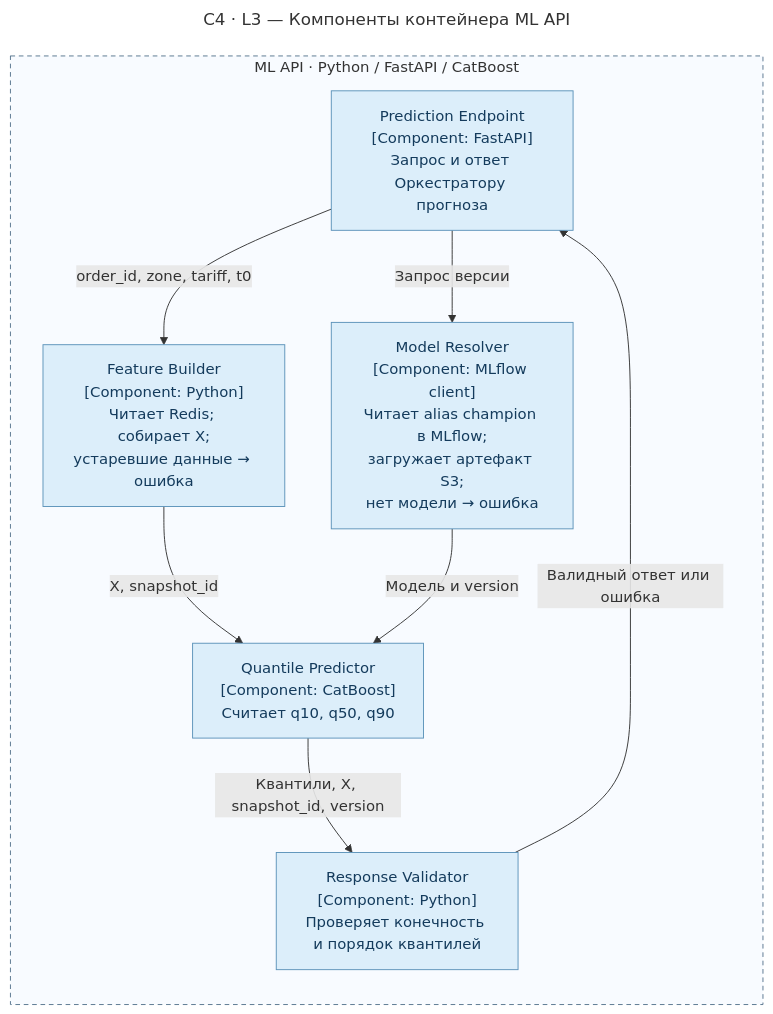
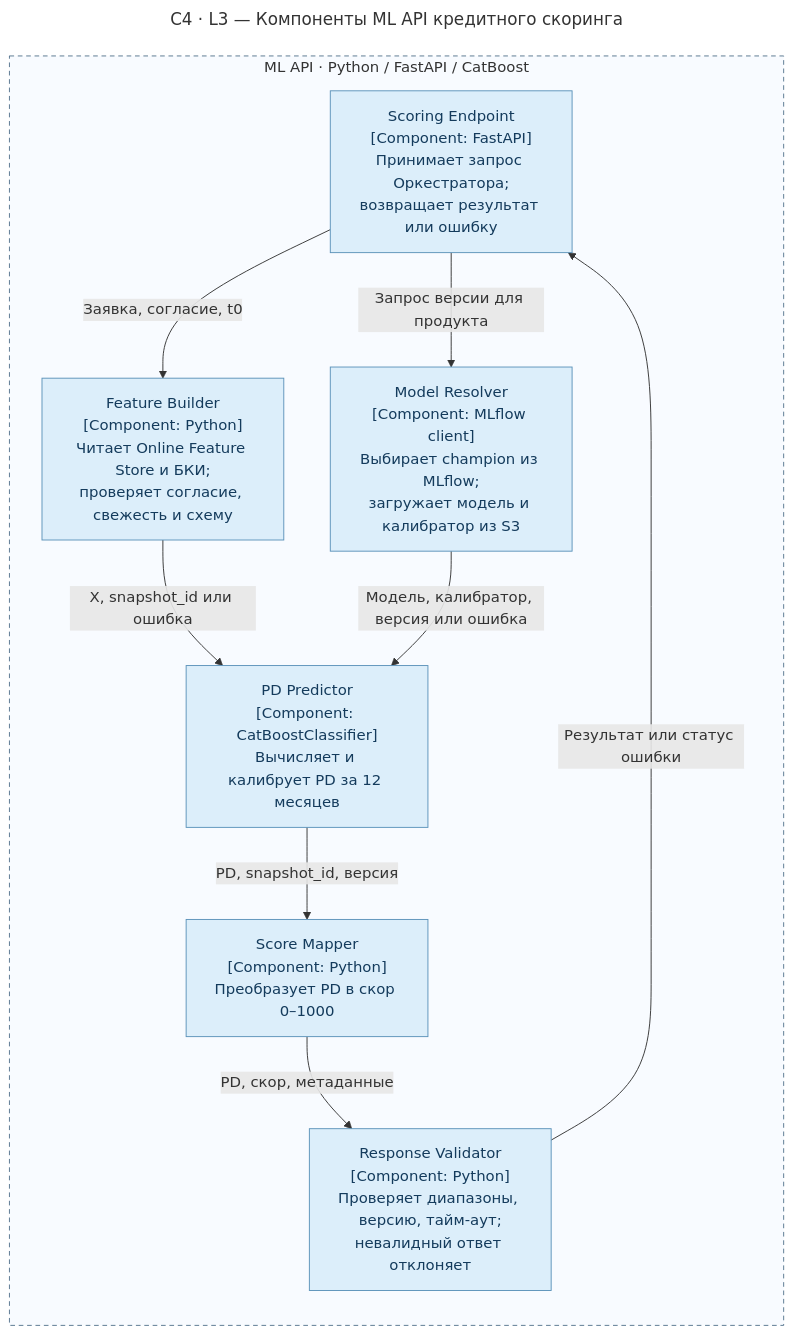
One commit to SASHASTATION/hw6_gubich changed the diagram in diagrams/c4-components.mmd. Above: the diagram before and after it, drawn with Mermaid. The commit also changed 9 other files, not shown here.

```diff
--- a/diagrams/c4-components.mmd
+++ b/diagrams/c4-components.mmd
@@ -1,21 +1,23 @@
 ---
-title: 'C4 · L3 — Компоненты контейнера ML API'
+title: 'C4 · L3 — Компоненты ML API кредитного скоринга'
 ---
 flowchart TB
   subgraph I["ML API · Python / FastAPI / CatBoost"]
     direction TB
-    A["Prediction Endpoint<br/>[Component: FastAPI]<br/>Запрос и ответ Оркестратору прогноза"]
-    B["Feature Builder<br/>[Component: Python]<br/>Читает Redis; собирает X;<br/>устаревшие данные → ошибка"]
-    V["Model Resolver<br/>[Component: MLflow client]<br/>Читает alias champion в MLflow;<br/>загружает артефакт S3;<br/>нет модели → ошибка"]
-    P["Quantile Predictor<br/>[Component: CatBoost]<br/>Считает q10, q50, q90"]
-    C["Response Validator<br/>[Component: Python]<br/>Проверяет конечность и порядок квантилей"]
-    A -->|order_id, zone, tariff, t0| B
-    A -->|Запрос версии| V
-    B -->|X, snapshot_id| P
-    V -->|Модель и version| P
-    P -->|Квантили, X, snapshot_id, version| C
-    C -->|Валидный ответ или ошибка| A
+    A["Scoring Endpoint<br/>[Component: FastAPI]<br/>Принимает запрос Оркестратора;<br/>возвращает результат или ошибку"]
+    B["Feature Builder<br/>[Component: Python]<br/>Читает Online Feature Store и БКИ;<br/>проверяет согласие, свежесть и схему"]
+    V["Model Resolver<br/>[Component: MLflow client]<br/>Выбирает champion из MLflow;<br/>загружает модель и калибратор из S3"]
+    P["PD Predictor<br/>[Component: CatBoostClassifier]<br/>Вычисляет и калибрует PD за 12 месяцев"]
+    Q["Score Mapper<br/>[Component: Python]<br/>Преобразует PD в скор 0–1000"]
+    C["Response Validator<br/>[Component: Python]<br/>Проверяет диапазоны, версию, тайм-аут;<br/>невалидный ответ отклоняет"]
+    A -->|Заявка, согласие, t0| B
+    A -->|Запрос версии для продукта| V
+    B -->|X, snapshot_id или ошибка| P
+    V -->|Модель, калибратор, версия или ошибка| P
+    P -->|PD, snapshot_id, версия| Q
+    Q -->|PD, скор, метаданные| C
+    C -->|Результат или статус ошибки| A
   end
   classDef component fill:#dceefa,color:#143b5c,stroke:#5b92b9;
-  class A,B,V,P,C component;
+  class A,B,V,P,Q,C component;
   style I fill:#f8fbff,stroke:#56748d,stroke-dasharray:5 4
```
